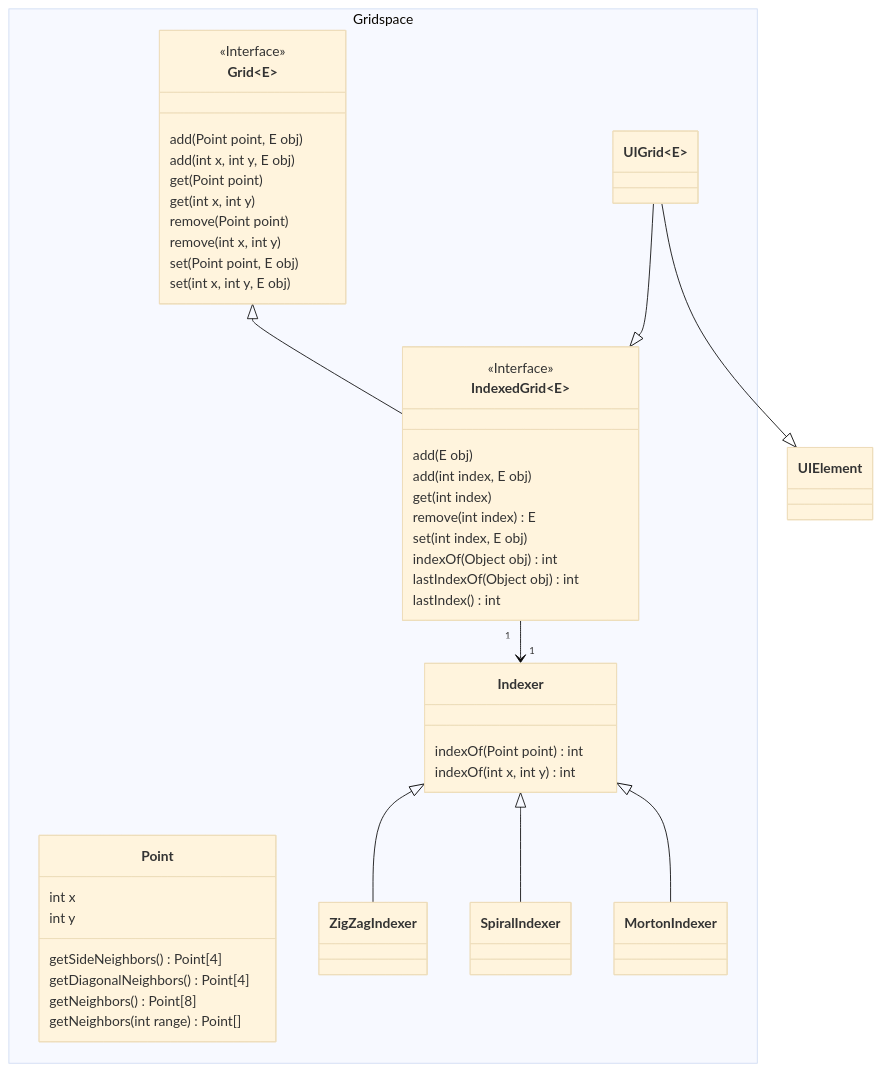
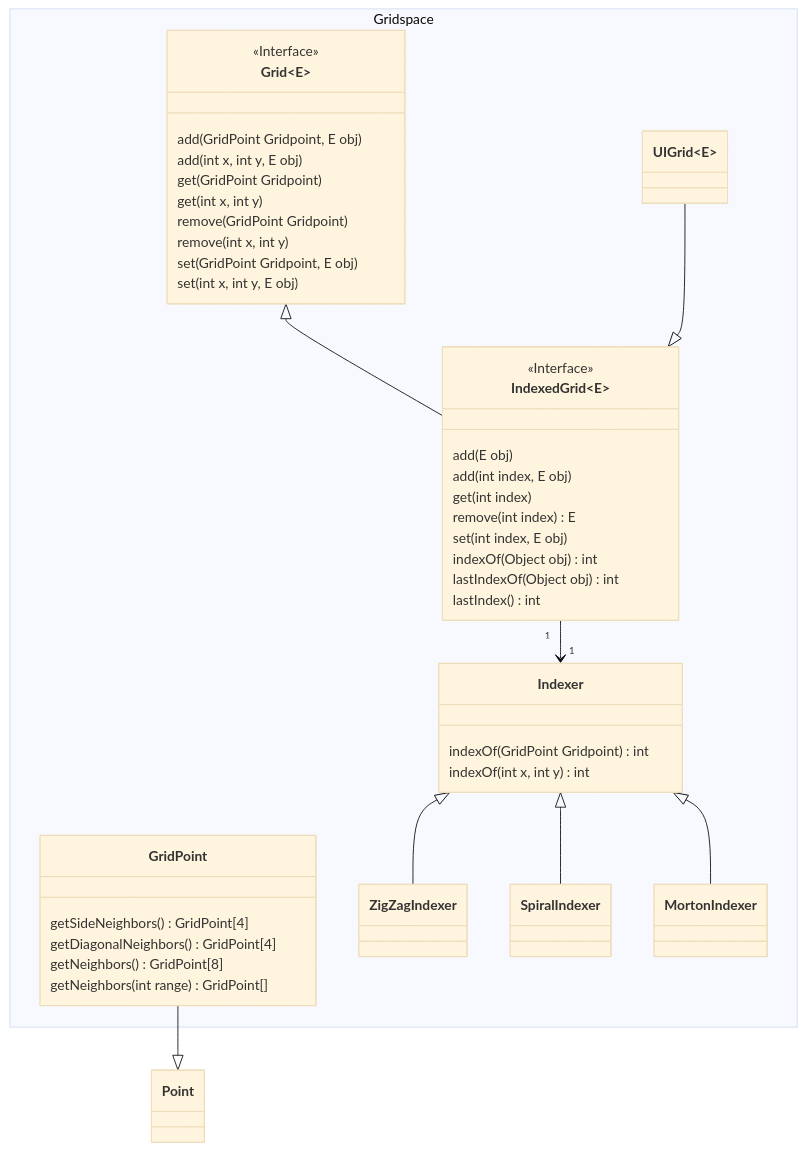
Before and after one commit to LuminescentNebula/Voidmax: the diagram in grid_space.mmd, drawn with Mermaid (base theme). The commit also changed 13 other files, not shown here.

```diff
--- a/grid_space.mmd
+++ b/grid_space.mmd
@@ -1,62 +1,60 @@
 classDiagram
     namespace Gridspace {
         class Grid~E~
         class IndexedGrid~E~
         class UIGrid~E~
-        class Point
+        class GridPoint
 
         class Indexer
         class ZigZagIndexer
         class SpiralIndexer
         class MortonIndexer
     }
-        class Point {
-            int x
-            int y
-            getSideNeighbors() Point[4]
-            getDiagonalNeighbors() Point[4]
-            getNeighbors() Point[8]
-            getNeighbors(int range) Point[]
+        class GridPoint {
+            getSideNeighbors() GridPoint[4]
+            getDiagonalNeighbors() GridPoint[4]
+            getNeighbors() GridPoint[8]
+            getNeighbors(int range) GridPoint[]
         }
+        GridPoint --|> Point
 
         class Grid~E~ {
             <<Interface>>
-            add(Point point, E obj)
+            add(GridPoint Gridpoint, E obj)
             add(int x, int y, E obj)
-            get(Point point)
+            get(GridPoint Gridpoint)
             get(int x, int y)
-            remove(Point point)
+            remove(GridPoint Gridpoint)
             remove(int x, int y)
-            set(Point point, E obj)
+            set(GridPoint Gridpoint, E obj)
             set(int x, int y, E obj)
         }
 
         class IndexedGrid~E~ {
             <<Interface>>
             add(E obj)
             add(int index, E obj)
             get(int index)
             remove(int index) E
             set(int index, E obj)
             indexOf(Object obj) int
             lastIndexOf(Object obj) int
             lastIndex() int
         }
 
         class UIGrid~E~ {
 
         }
 
         class Indexer {
-            indexOf(Point point) int
+            indexOf(GridPoint Gridpoint) int
             indexOf(int x, int y) int
         }
         
 
         Grid <|-- IndexedGrid
         IndexedGrid "1" --> "1" Indexer
         UIGrid --|> IndexedGrid
-        UIGrid --|> UIElement
         Indexer <|-- ZigZagIndexer
         Indexer <|-- SpiralIndexer
         Indexer <|-- MortonIndexer
```
